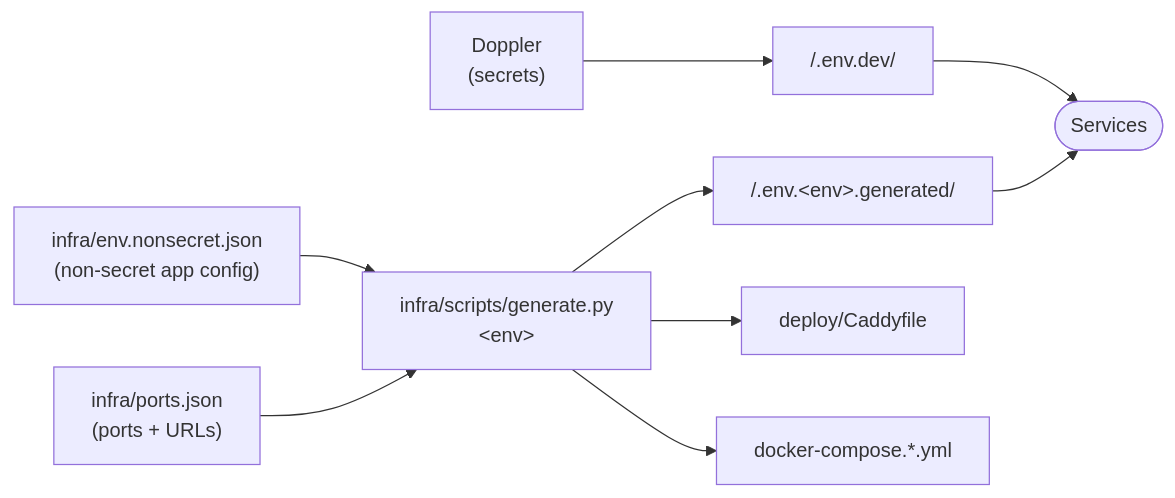
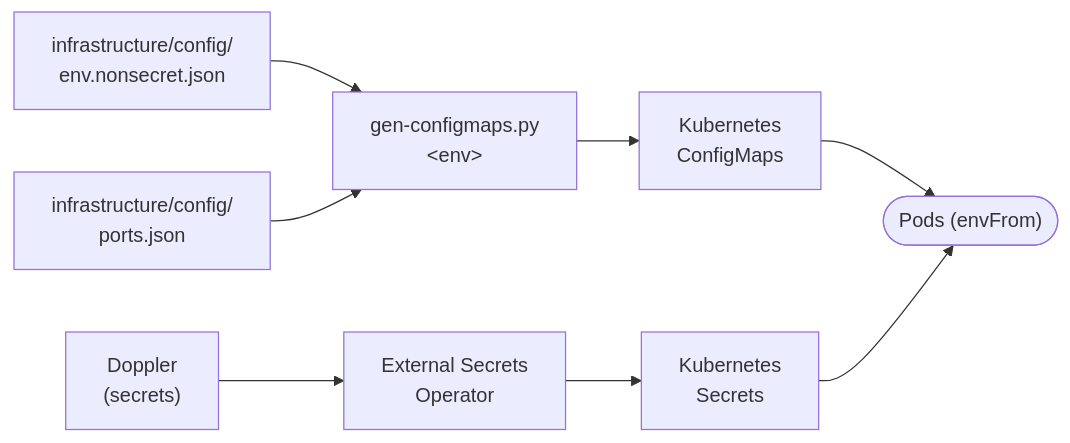
The third of 3 diagrams in platform/architecture.mdx (Aico-Systems/docs), drawn with Mermaid before and after one commit. The commit also changed other lines of this file, not shown here.

Commit message:
docs(arch): update config pipeline diagram for k8s era
Old compose-era path (Doppler → .env.dev + generate.py → .env.generated +
Caddyfile + docker-compose.*.yml) is gone. New k8s path:
  Doppler → ESO → K8s Secrets → pods
  infrastructure/config/*.json → gen-configmaps.py → K8s ConfigMaps → pods

Environments updated: dev/lab/sandbox/prod → lab/hetzner-prod/fly.

````diff
--- a/platform/architecture.mdx
+++ b/platform/architecture.mdx
@@ -179,11 +179,10 @@
 ```mermaid
 flowchart LR
-    D["Doppler<br/>(secrets)"] --> E1["/.env.dev/"]
-    NS["infra/env.nonsecret.json<br/>(non-secret app config)"] --> GEN
-    PJ["infra/ports.json<br/>(ports + URLs)"] --> GEN
-    GEN["infra/scripts/generate.py<br/>&lt;env&gt;"] --> E2["/.env.&lt;env&gt;.generated/"]
-    GEN --> CF["deploy/Caddyfile"]
-    GEN --> CC["docker-compose.*.yml"]
-    E1 --> SVC(["Services"])
-    E2 --> SVC
+    D["Doppler<br/>(secrets)"] --> ESO["External Secrets<br/>Operator"]
+    NS["infrastructure/config/<br/>env.nonsecret.json"] --> GEN
+    PJ["infrastructure/config/<br/>ports.json"] --> GEN
+    GEN["gen-configmaps.py<br/>&lt;env&gt;"] --> CM["Kubernetes<br/>ConfigMaps"]
+    ESO --> SEC["Kubernetes<br/>Secrets"]
+    CM --> POD(["Pods (envFrom)"])
+    SEC --> POD
 ```
````
